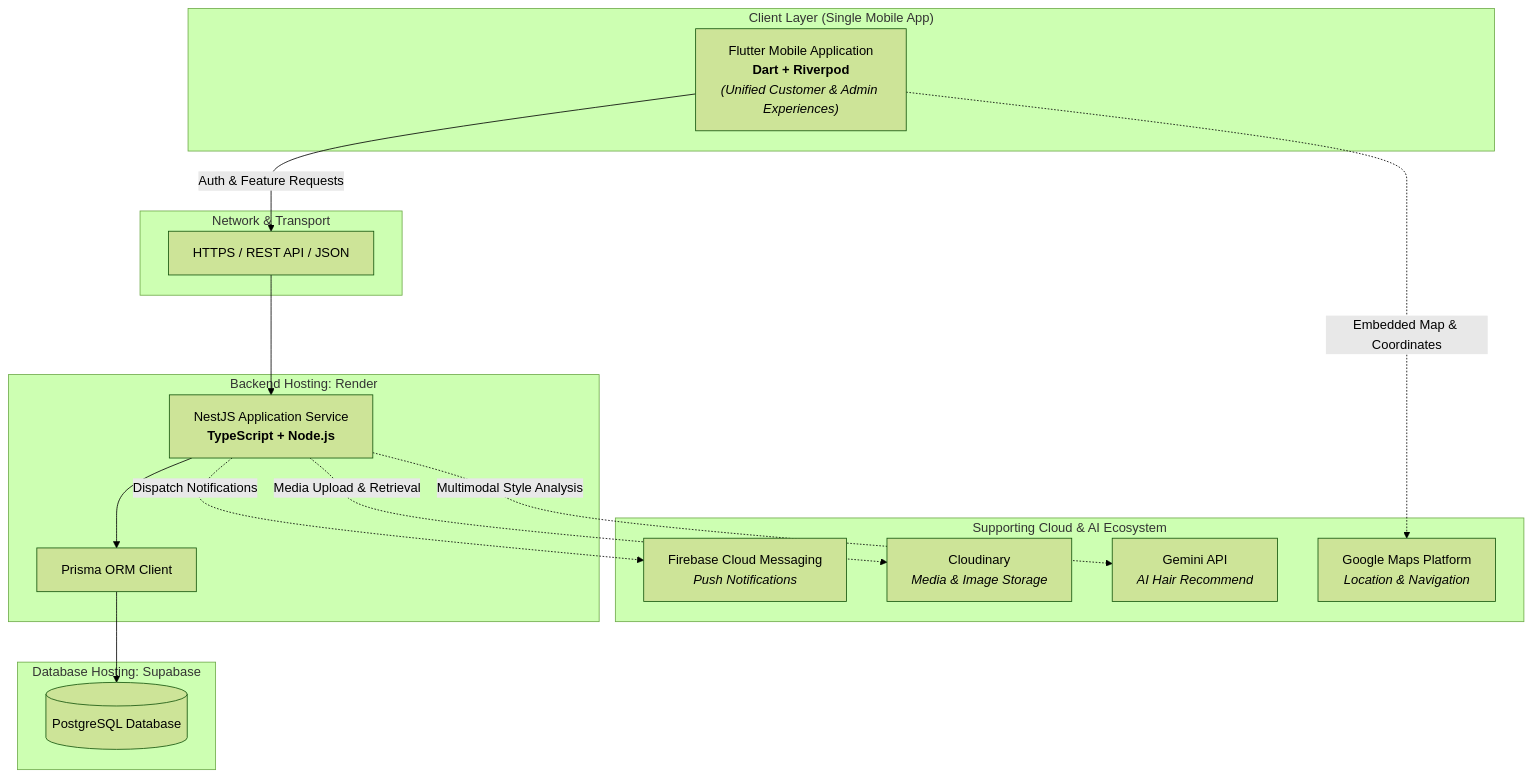
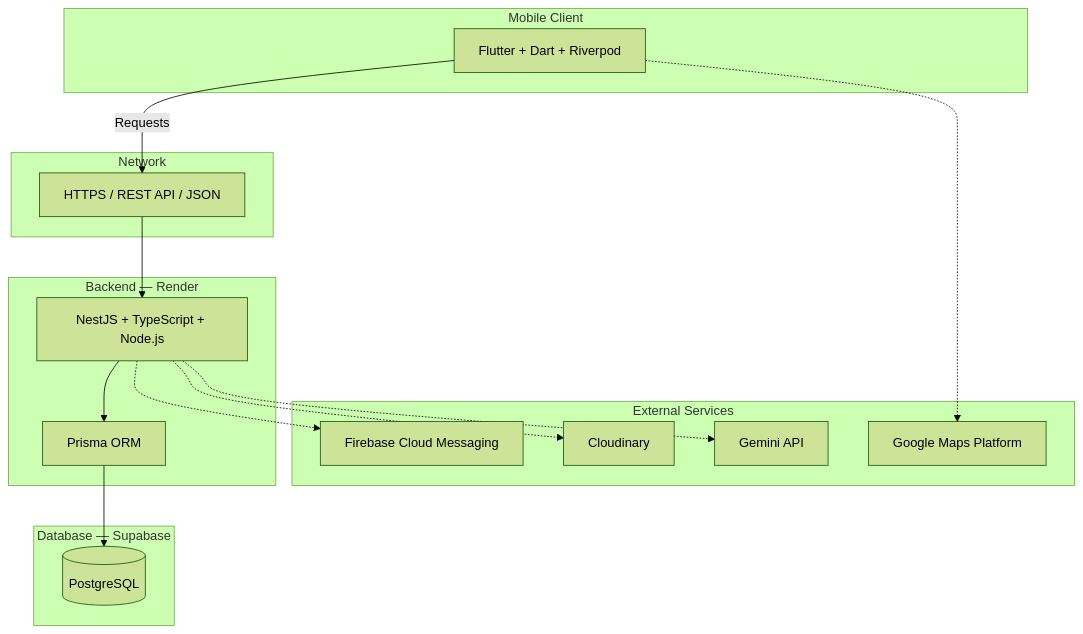
The diagram in README.md (Rishikesan05/SALON-WOW-App-Development), drawn with Mermaid (forest theme) before and after one commit. The commit also changed other lines of this file, not shown here.

````diff
--- a/README.md
+++ b/README.md
@@ -184,36 +27,36 @@
 ```mermaid
 graph TD
-    subgraph ClientLayer ["Client Layer (Single Mobile App)"]
-        FlutterApp["Flutter Mobile Application<br/><b>Dart + Riverpod</b><br/><i>(Unified Customer & Admin Experiences)</i>"]
+    subgraph Mobile ["Mobile Client"]
+        App["Flutter + Dart + Riverpod"]
     end
 
-    subgraph TransportLayer ["Network & Transport"]
-        API["HTTPS / REST API / JSON"]
+    subgraph API ["Network"]
+        REST["HTTPS / REST API / JSON"]
     end
 
-    subgraph BackendHosting ["Backend Hosting: Render"]
-        Server["NestJS Application Service<br/><b>TypeScript + Node.js</b>"]
-        ORM["Prisma ORM Client"]
+    subgraph Backend ["Backend — Render"]
+        Server["NestJS + TypeScript + Node.js"]
+        ORM["Prisma ORM"]
     end
 
-    subgraph DatabaseHosting ["Database Hosting: Supabase"]
-        DB[("PostgreSQL Database")]
+    subgraph Database ["Database — Supabase"]
+        DB[("PostgreSQL")]
     end
 
-    subgraph SupportingServices ["Supporting Cloud & AI Ecosystem"]
-        FCM["Firebase Cloud Messaging<br/><i>Push Notifications</i>"]
-        Maps["Google Maps Platform<br/><i>Location & Navigation</i>"]
-        Cloudinary["Cloudinary<br/><i>Media & Image Storage</i>"]
-        Gemini["Gemini API<br/><i>AI Hair Recommend</i>"]
+    subgraph Services ["External Services"]
+        FCM["Firebase Cloud Messaging"]
+        Maps["Google Maps Platform"]
+        CDN["Cloudinary"]
+        AI["Gemini API"]
     end
 
-    FlutterApp -->|Auth & Feature Requests| API
-    API --> Server
+    App -->|Requests| REST
+    REST --> Server
     Server --> ORM
     ORM --> DB
 
-    Server -.->|Dispatch Notifications| FCM
-    Server -.->|Media Upload & Retrieval| Cloudinary
-    Server -.->|Multimodal Style Analysis| Gemini
-    FlutterApp -.->|Embedded Map & Coordinates| Maps
+    Server -.-> FCM
+    Server -.-> CDN
+    Server -.-> AI
+    App -.-> Maps
 ```
````
